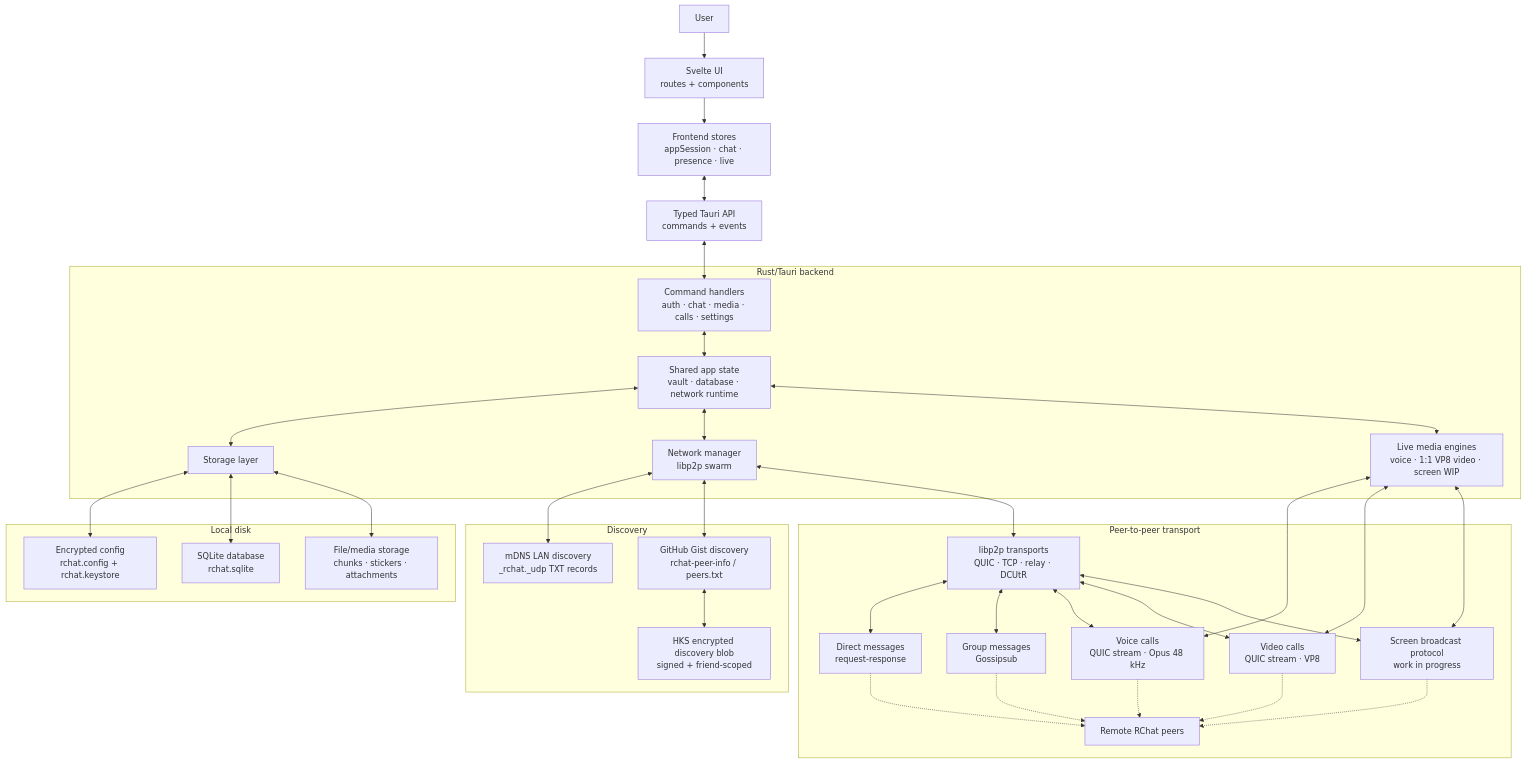
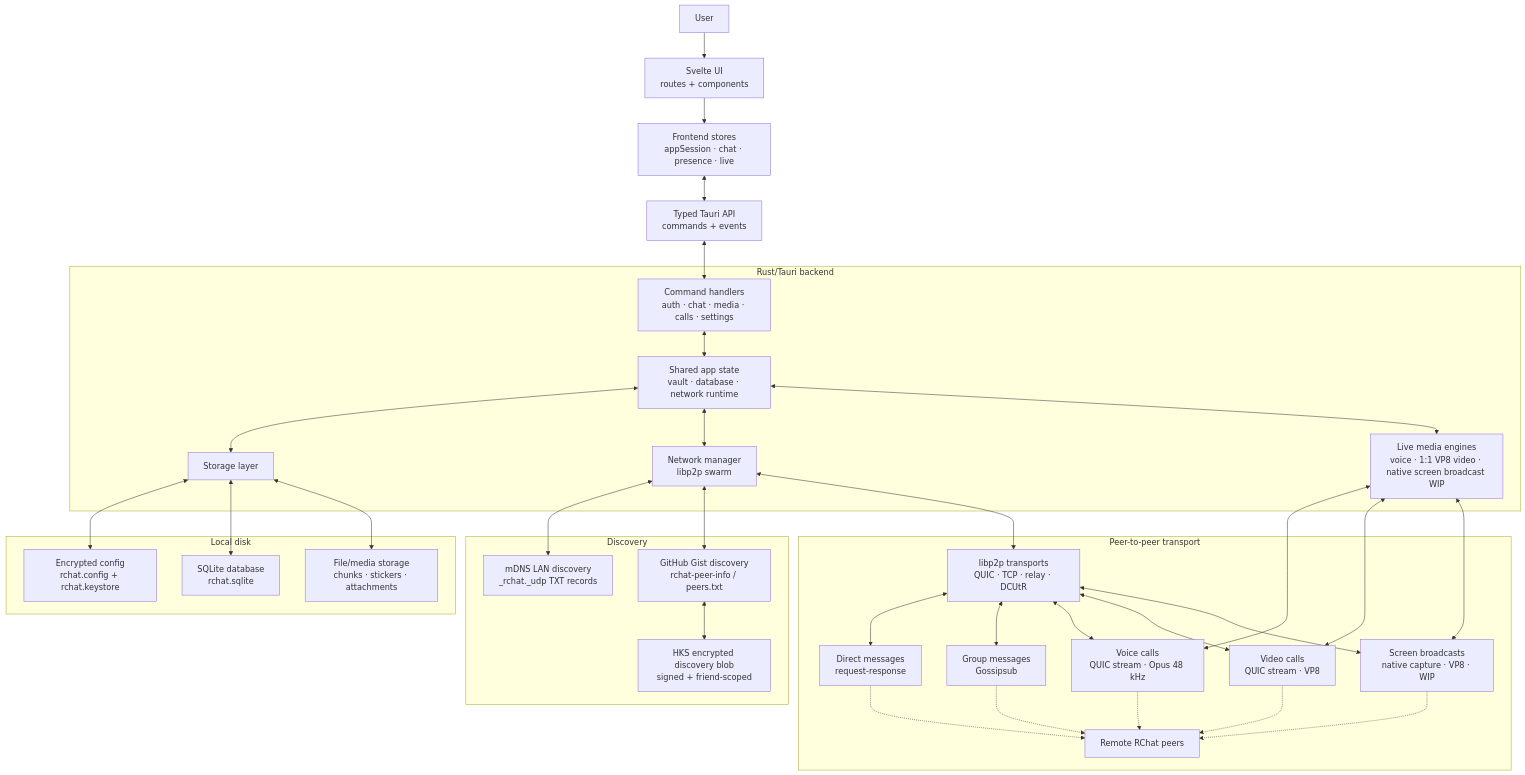
Before and after one commit to ata-sesli/rchat: the diagram in README.md, drawn with Mermaid. The commit also changed other lines of this file and 17 other files, not shown here.

First line of the commit message:
feat(screen): add native screen capture support

````diff
--- a/README.md
+++ b/README.md
@@ -57,69 +58,69 @@
 ```mermaid
 flowchart TB
   user["User"]
   ui["Svelte UI<br/>routes + components"]
   stores["Frontend stores<br/>appSession · chat · presence · live"]
   api["Typed Tauri API<br/>commands + events"]
 
   subgraph backend["Rust/Tauri backend"]
     commands["Command handlers<br/>auth · chat · media · calls · settings"]
     appstate["Shared app state<br/>vault · database · network runtime"]
     storage["Storage layer"]
     network["Network manager<br/>libp2p swarm"]
-    live["Live media engines<br/>voice · 1:1 VP8 video · screen WIP"]
+    live["Live media engines<br/>voice · 1:1 VP8 video · native screen broadcast WIP"]
   end
 
   subgraph disk["Local disk"]
     vault["Encrypted config<br/>rchat.config + rchat.keystore"]
     sqlite["SQLite database<br/>rchat.sqlite"]
     files["File/media storage<br/>chunks · stickers · attachments"]
   end
 
   subgraph discovery["Discovery"]
     mdns["mDNS LAN discovery<br/>_rchat._udp TXT records"]
     gist["GitHub Gist discovery<br/>rchat-peer-info / peers.txt"]
     hks["HKS encrypted discovery blob<br/>signed + friend-scoped"]
   end
 
   subgraph p2p["Peer-to-peer transport"]
     transports["libp2p transports<br/>QUIC · TCP · relay · DCUtR"]
     dm["Direct messages<br/>request-response"]
     group["Group messages<br/>Gossipsub"]
     voice["Voice calls<br/>QUIC stream · Opus 48 kHz"]
     video["Video calls<br/>QUIC stream · VP8"]
-    wipmedia["Screen broadcast protocol<br/>work in progress"]
+    wipmedia["Screen broadcasts<br/>native capture · VP8 · WIP"]
     remote["Remote RChat peers"]
   end
 
   user --> ui
   ui --> stores
   stores <--> api
   api <--> commands
   commands <--> appstate
   appstate <--> storage
   appstate <--> network
   appstate <--> live
 
   storage <--> vault
   storage <--> sqlite
   storage <--> files
 
   network <--> mdns
   network <--> gist
   gist <--> hks
   network <--> transports
   transports <--> dm
   transports <--> group
   transports <--> voice
   transports <--> video
   transports <--> wipmedia
   live <--> voice
   live <--> video
   live <--> wipmedia
 
   dm -.-> remote
   group -.-> remote
   voice -.-> remote
   video -.-> remote
   wipmedia -.-> remote
 ```
````
